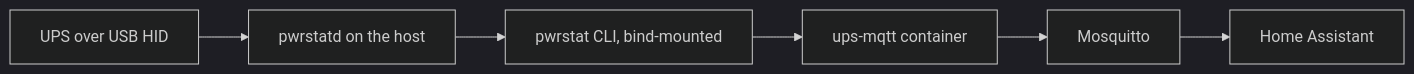
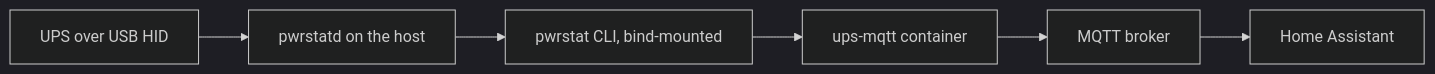
The diagram in README.md (AlienBob93/twilightzone_server_power_tracker), drawn with Mermaid (dark theme) before and after one commit. The commit also changed other lines of this file and 1 other file, not shown here.

````diff
--- a/README.md
+++ b/README.md
@@ -26,8 +63,8 @@
 ```mermaid
 flowchart LR
     UPS[UPS over USB HID] --> Daemon[pwrstatd on the host]
     Daemon --> CLI[pwrstat CLI, bind-mounted]
     CLI --> Bridge[ups-mqtt container]
-    Bridge --> Broker[Mosquitto]
+    Bridge --> Broker[MQTT broker]
     Broker --> HA[Home Assistant]
 ```
````
